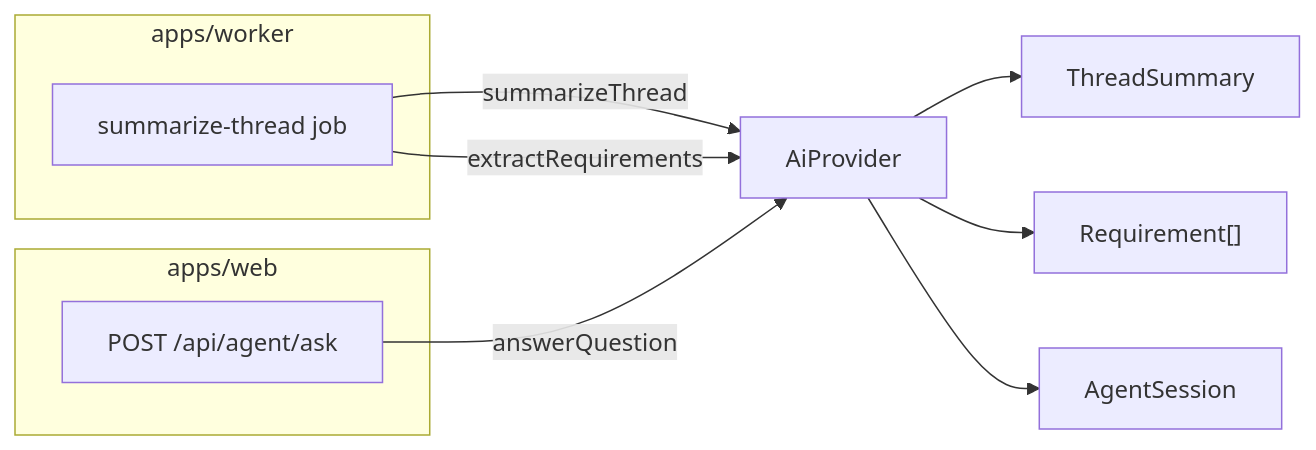
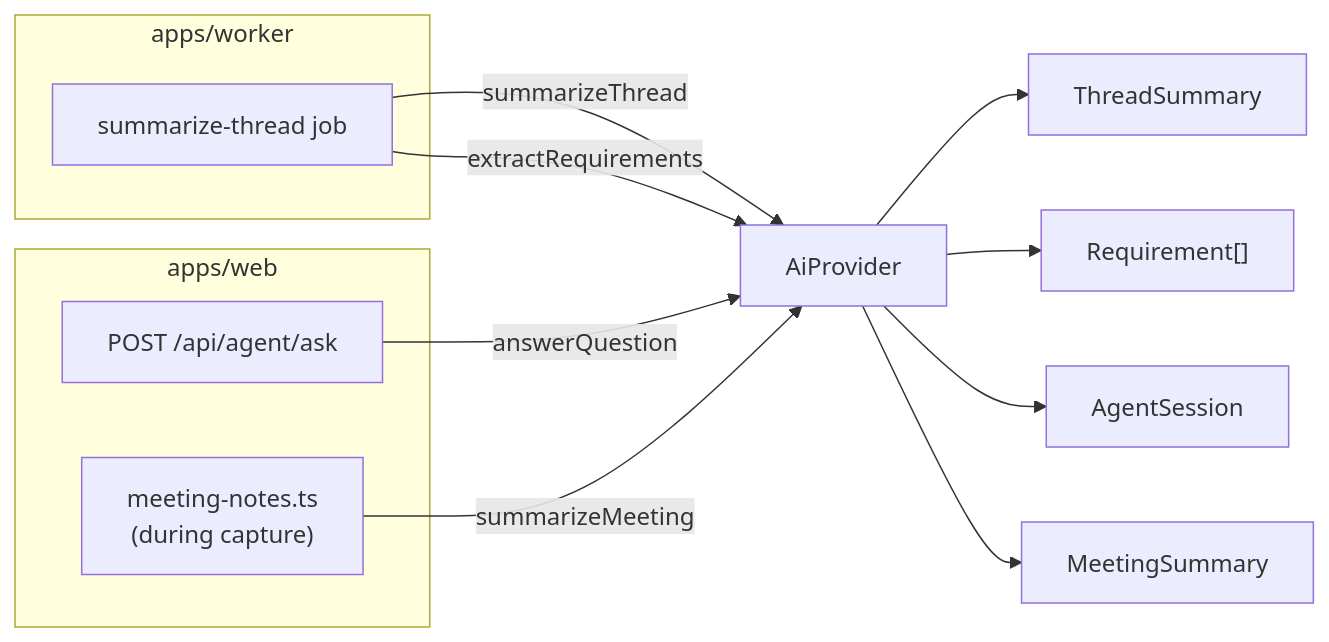
The second of 2 diagrams in docs/features/ai-and-providers.md (phanbaohuy96/context-pilot), drawn with Mermaid before and after one commit. The commit also changed other lines of this file and 3 other files, not shown here.

````diff
--- a/docs/features/ai-and-providers.md
+++ b/docs/features/ai-and-providers.md
@@ -41,16 +44,19 @@
 ```mermaid
 flowchart LR
   subgraph worker["apps/worker"]
     sj["summarize-thread job"]
   end
   subgraph web["apps/web"]
     ask["POST /api/agent/ask"]
+    notes["meeting-notes.ts\n(during capture)"]
   end
 
   sj -->|summarizeThread| prov["AiProvider"]
   sj -->|extractRequirements| prov
   ask -->|answerQuestion| prov
+  notes -->|summarizeMeeting| prov
   prov --> ts["ThreadSummary"]
   prov --> rq["Requirement[]"]
   prov --> as["AgentSession"]
+  prov --> ms["MeetingSummary"]
 ```
````
